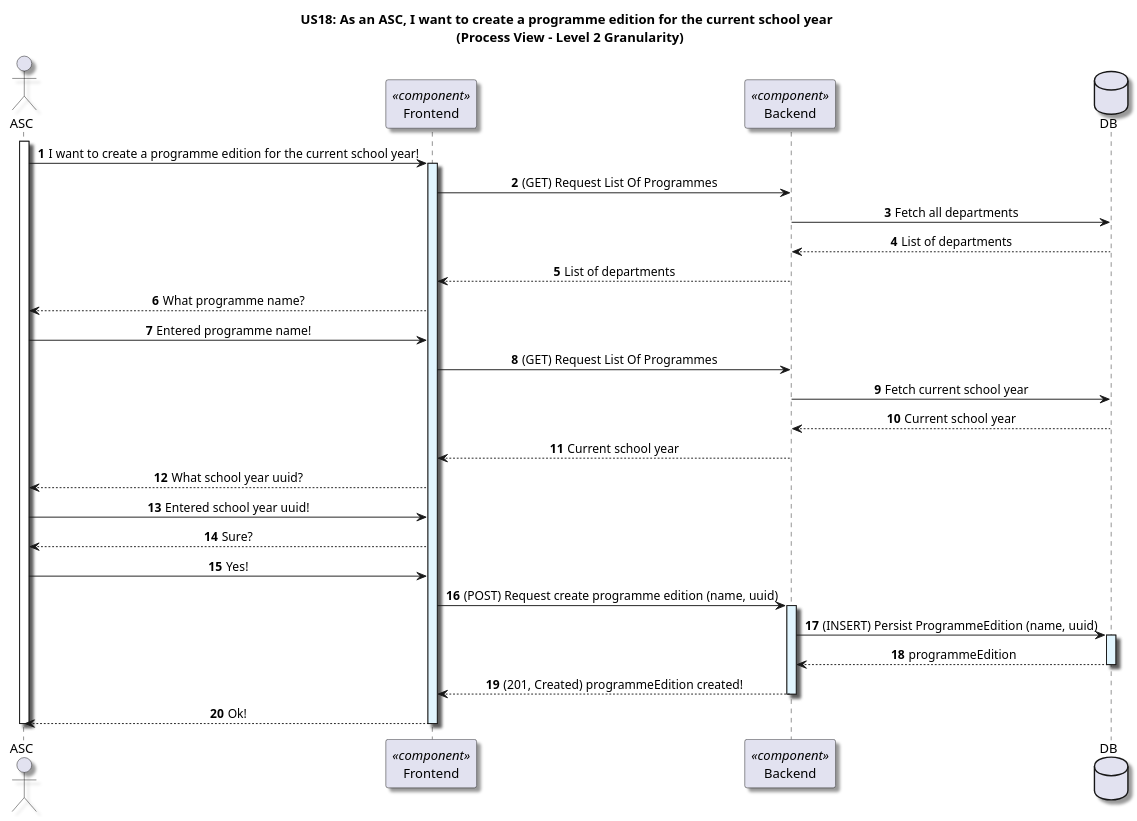
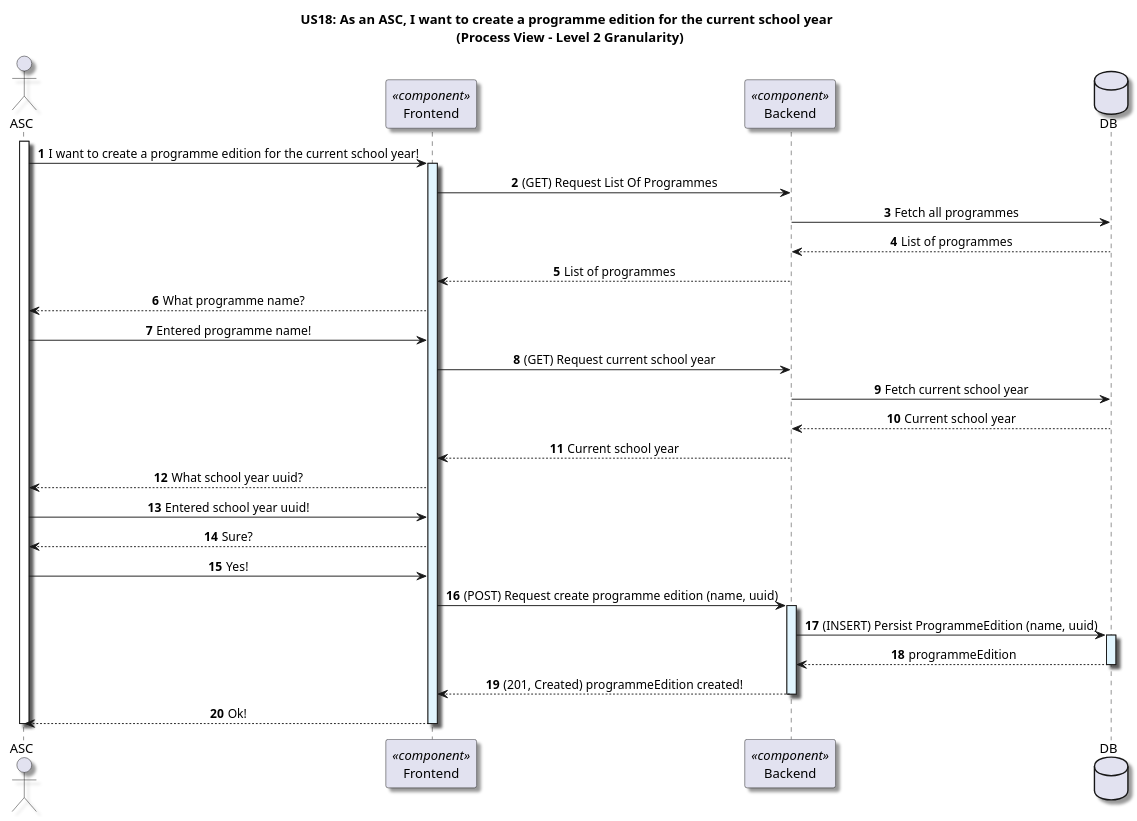
The diagram in docs/US18/Sprint6_RestAPI/ProcessView/Level2Granularity.puml (GasparISEP/DevOps-PAI), drawn with PlantUML before and after one commit.

Commit message:
Minor corrections to Level 2 Process View diagram for functionality CreateProgrammeEditionForCurrentSchoolYear - refs #534 #550

```diff
--- a/docs/US18/Sprint6_RestAPI/ProcessView/Level2Granularity.puml
+++ b/docs/US18/Sprint6_RestAPI/ProcessView/Level2Granularity.puml
@@ -1,59 +1,59 @@
 @startuml
 
 title US18: As an ASC, I want to create a programme edition for the current school year \n (Process View - Level 2 Granularity)
 
 skinparam componentStyle component
 skinparam defaultTextAlignment center
 skinparam shadowing true
 
 autonumber
 
 actor ASC as ASC
 
 participant "Frontend" as frontend <<component>>
 participant "Backend" as backend <<component>>
 Database DB
 
 activate ASC
 ASC -> frontend: I want to create a programme edition for the current school year!
 activate frontend #E1F5FE
 
 frontend -> backend: (GET) Request List Of Programmes
-backend -> DB: Fetch all departments
-DB --> backend: List of departments
-backend --> frontend: List of departments
+backend -> DB: Fetch all programmes
+DB --> backend: List of programmes
+backend --> frontend: List of programmes
 
 
 frontend --> ASC: What programme name?
 
 ASC -> frontend: Entered programme name!
 
 
-frontend -> backend: (GET) Request List Of Programmes
+frontend -> backend: (GET) Request current school year
 backend -> DB: Fetch current school year
 DB --> backend: Current school year
 backend --> frontend: Current school year
 frontend --> ASC: What school year uuid?
 
 ASC -> frontend: Entered school year uuid!
 
 frontend --> ASC: Sure?
 
 ASC -> frontend: Yes!
 
 frontend -> backend: (POST) Request create programme edition (name, uuid)
 activate backend #E1F5FE
 
 backend -> DB: (INSERT) Persist ProgrammeEdition (name, uuid)
 activate DB #E1F5FE
 DB --> backend: programmeEdition
 deactivate DB
 
 backend --> frontend: (201, Created) programmeEdition created!
 deactivate backend
 
 frontend --> ASC: Ok!
 deactivate frontend
 deactivate ASC
 
 @enduml
```
